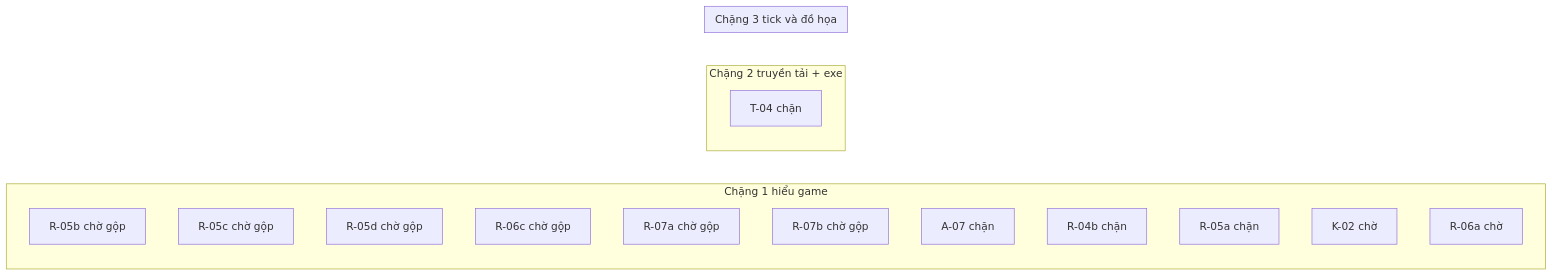
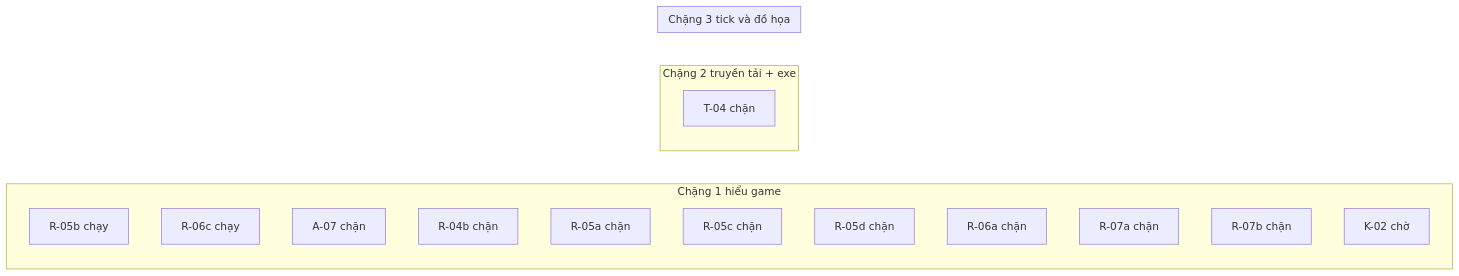
One commit to ndtangoss-dev/jx1-reports changed the diagram in JX1_OPS/STATE/TIEN-DO.md. Above: the diagram before and after it, drawn with Mermaid. The commit also changed other lines of this file and 3 other files, not shown here.

````diff
--- a/JX1_OPS/STATE/TIEN-DO.md
+++ b/JX1_OPS/STATE/TIEN-DO.md
@@ -9,21 +9,21 @@
 ```mermaid
 flowchart LR
   subgraph S1["Chặng 1 hiểu game"]
-    R_05b["R-05b chờ gộp"]
-    R_05c["R-05c chờ gộp"]
-    R_05d["R-05d chờ gộp"]
-    R_06c["R-06c chờ gộp"]
-    R_07a["R-07a chờ gộp"]
-    R_07b["R-07b chờ gộp"]
+    R_05b["R-05b chạy"]
+    R_06c["R-06c chạy"]
     A_07["A-07 chặn"]
     R_04b["R-04b chặn"]
     R_05a["R-05a chặn"]
+    R_05c["R-05c chặn"]
+    R_05d["R-05d chặn"]
+    R_06a["R-06a chặn"]
+    R_07a["R-07a chặn"]
+    R_07b["R-07b chặn"]
     K_02["K-02 chờ"]
-    R_06a["R-06a chờ"]
   end
   subgraph S2["Chặng 2 truyền tải + exe"]
     T_04["T-04 chặn"]
   end
   subgraph S3["Chặng 3 tick và đồ họa"]
   end
 ```
````
